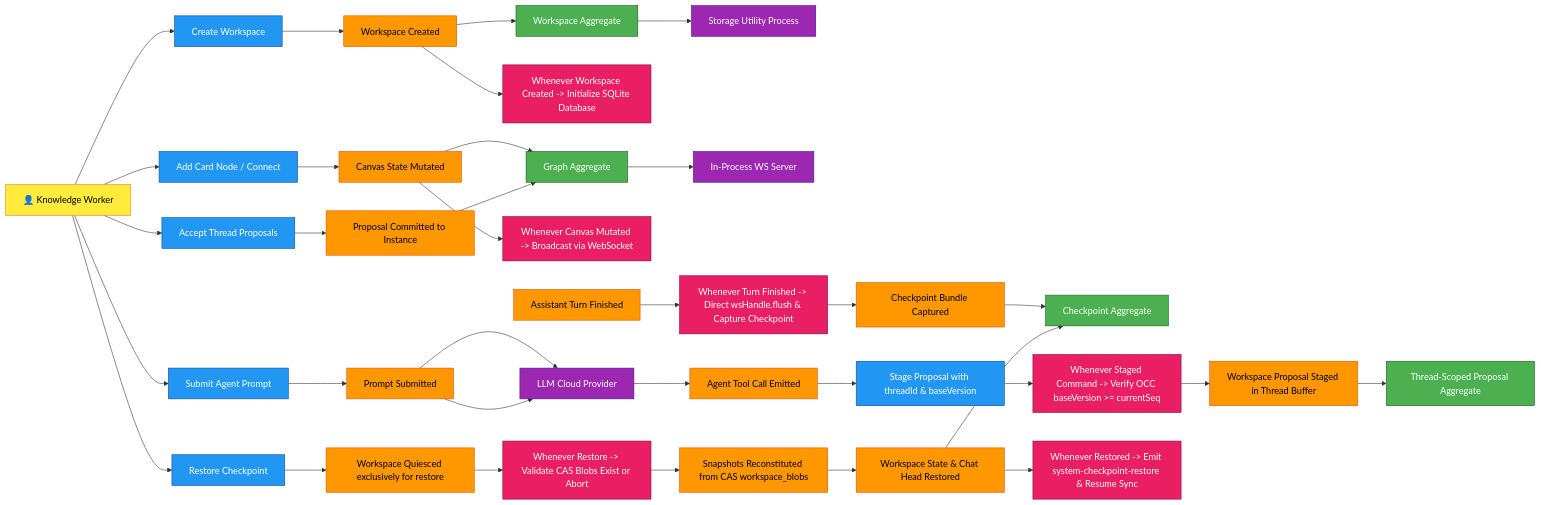
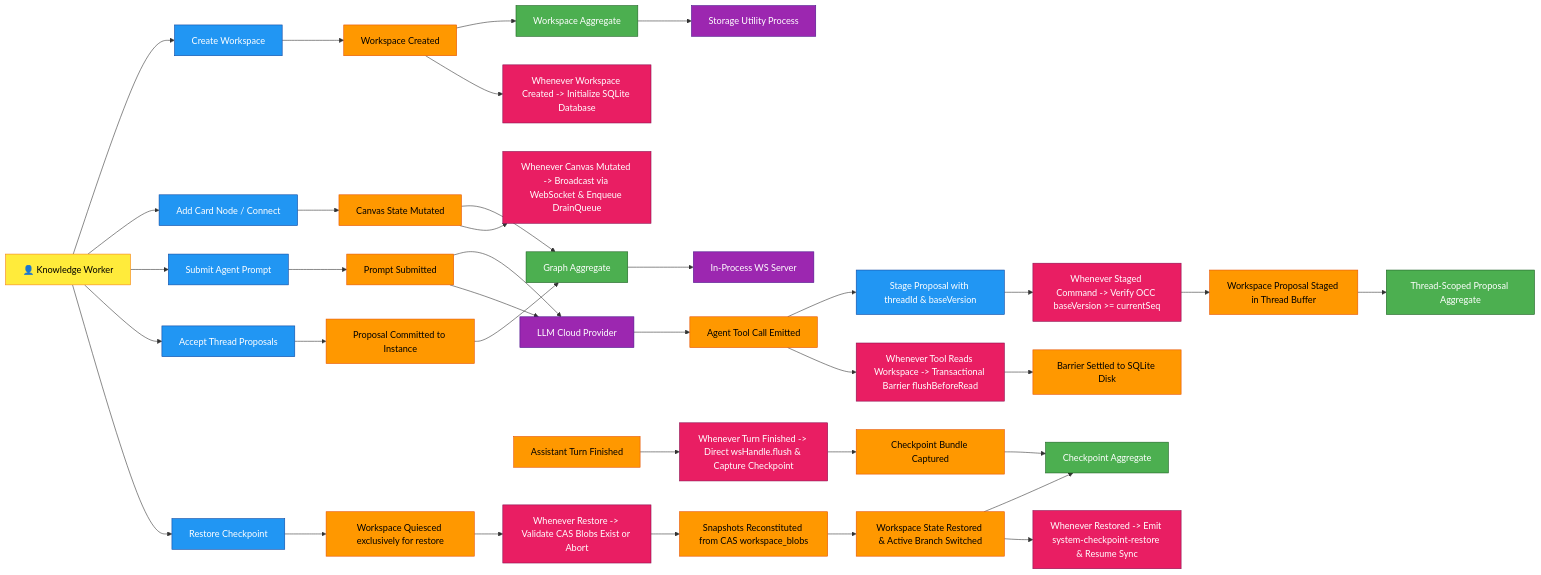
The diagram in docs/design-catalog/c1-context/big-picture-events.mmd (Goldwaterfung/Collaragent), drawn with Mermaid before and after one commit. The commit also changed 595 other files, not shown here.

Commit message:
ci: Refactor architecture to event-driven, eliminate hardcoded timeout

```diff
--- a/docs/design-catalog/c1-context/big-picture-events.mmd
+++ b/docs/design-catalog/c1-context/big-picture-events.mmd
@@ -1,92 +1,96 @@
 flowchart LR
     %% EventStorming Semantic Styling
     classDef event fill:#ff9800,stroke:#e65100,color:#000
     classDef command fill:#2196f3,stroke:#0d47a1,color:#fff
     classDef actor fill:#ffeb3b,stroke:#f57f17,color:#000
     classDef system fill:#9c27b0,stroke:#4a148c,color:#fff
     classDef aggregate fill:#4caf50,stroke:#1b5e20,color:#fff
     classDef policy fill:#e91e63,stroke:#880e4f,color:#fff
     classDef hotspot fill:#f44336,stroke:#b71c1c,color:#fff
 
     User[👤 Knowledge Worker]:::actor
 
     %% 1. Workspace Initialization
     CmdCreateWS[Create Workspace]:::command
     EvtWSCreated[Workspace Created]:::event
     AggWS[Workspace Aggregate]:::aggregate
     PolInitWS[Whenever Workspace Created -> Initialize SQLite Database]:::policy
     SysUtility[Storage Utility Process]:::system
 
     User --> CmdCreateWS
     CmdCreateWS --> EvtWSCreated
     EvtWSCreated --> AggWS
     AggWS --> SysUtility
     EvtWSCreated --> PolInitWS
 
     %% 2. User Editing & Visual Modeling
     CmdAddNode[Add Card Node / Connect]:::command
     EvtCanvasMutated[Canvas State Mutated]:::event
     AggGraph[Graph Aggregate]:::aggregate
-    PolBroadcast[Whenever Canvas Mutated -> Broadcast via WebSocket]:::policy
+    PolBroadcast[Whenever Canvas Mutated -> Broadcast via WebSocket & Enqueue DrainQueue]:::policy
     SysWSServer[In-Process WS Server]:::system
 
     User --> CmdAddNode
     CmdAddNode --> EvtCanvasMutated
     EvtCanvasMutated --> AggGraph
     AggGraph --> SysWSServer
     EvtCanvasMutated --> PolBroadcast
 
     %% 3. Agent Invocation & Turn Execution
     CmdSendPrompt[Submit Agent Prompt]:::command
     EvtPromptSent[Prompt Submitted]:::event
     SysLLM[LLM Cloud Provider]:::system
 
     User --> CmdSendPrompt
     CmdSendPrompt --> EvtPromptSent
     EvtPromptSent --> SysLLM
 
     %% 4. Post-Turn Checkpoint & Bundle Capture (Decoupled, No Global Quiesce)
     EvtTurnFinished[Assistant Turn Finished]:::event
     PolPostTurnCheck[Whenever Turn Finished -> Direct wsHandle.flush & Capture Checkpoint]:::policy
     EvtCheckSaved[Checkpoint Bundle Captured]:::event
     AggCheck[Checkpoint Aggregate]:::aggregate
 
     EvtTurnFinished --> PolPostTurnCheck
     PolPostTurnCheck --> EvtCheckSaved
     EvtCheckSaved --> AggCheck
 
     %% 5. Agent Tool Execution & Thread-Segregated Staged Proposals
     EvtPromptSent --> SysLLM
     SysLLM --> EvtToolCalled[Agent Tool Call Emitted]:::event
     CmdStageProp[Stage Proposal with threadId & baseVersion]:::command
     PolOCC[Whenever Staged Command -> Verify OCC baseVersion >= currentSeq]:::policy
     EvtPropStaged[Workspace Proposal Staged in Thread Buffer]:::event
     AggProposal[Thread-Scoped Proposal Aggregate]:::aggregate
+    PolReadBarrier[Whenever Tool Reads Workspace -> Transactional Barrier flushBeforeRead]:::policy
+    EvtBarrierResolved[Barrier Settled to SQLite Disk]:::event
 
     EvtToolCalled --> CmdStageProp
     CmdStageProp --> PolOCC
     PolOCC --> EvtPropStaged
     EvtPropStaged --> AggProposal
+    EvtToolCalled --> PolReadBarrier
+    PolReadBarrier --> EvtBarrierResolved
 
     %% 6. Thread-Scoped Proposal Acceptance & Commit
     CmdAccept[Accept Thread Proposals]:::command
     EvtPropCommitted[Proposal Committed to Instance]:::event
     User --> CmdAccept
     CmdAccept --> EvtPropCommitted
     EvtPropCommitted --> AggGraph
 
     %% 7. Time-Travel Restore (Exclusive Quiesce & Fail-Closed CAS Hydration)
     CmdRestore[Restore Checkpoint]:::command
     EvtQuiesced[Workspace Quiesced exclusively for restore]:::event
     PolFailClosed[Whenever Restore -> Validate CAS Blobs Exist or Abort]:::policy
     EvtCASResolved[Snapshots Reconstituted from CAS workspace_blobs]:::event
-    EvtStateRestored[Workspace State & Chat Head Restored]:::event
+    EvtStateRestored[Workspace State Restored & Active Branch Switched]:::event
     PolResume[Whenever Restored -> Emit system-checkpoint-restore & Resume Sync]:::policy
 
     User --> CmdRestore
     CmdRestore --> EvtQuiesced
     EvtQuiesced --> PolFailClosed
     PolFailClosed --> EvtCASResolved
     EvtCASResolved --> EvtStateRestored
     EvtStateRestored --> AggCheck
     EvtStateRestored --> PolResume
```
